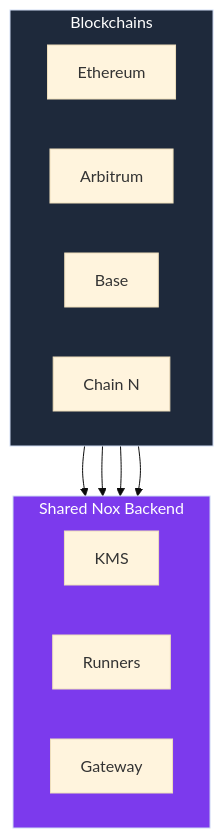
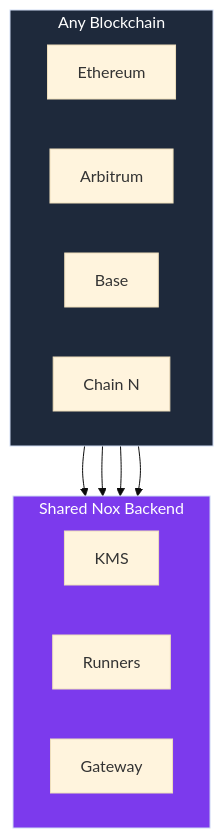
The fifth of 5 diagrams in src/protocol/protocol-vision.md (iExec-Nox/documentation), drawn with Mermaid (base theme) before and after one commit. The commit also changed other lines of this file, not shown here.

Commit message:
fix: update omnichain expansion description and streamline architecture explanation

````diff
--- a/src/protocol/protocol-vision.md
+++ b/src/protocol/protocol-vision.md
@@ -354,25 +325,25 @@
 ```mermaid
 flowchart TB
-    subgraph chains ["Blockchains"]
+    subgraph chains ["Any Blockchain"]
         direction LR
         C1["Ethereum"]
         C2["Arbitrum"]
         C3["Base"]
         CN["Chain N"]
     end
 
     subgraph nox ["Shared Nox Backend"]
         direction LR
         KMS["KMS"]
         Runners["Runners"]
         GW["Gateway"]
     end
 
     C1 --> nox
     C2 --> nox
     C3 --> nox
     CN --> nox
 
     style chains fill:#1e293b,color:#fff
     style nox fill:#7c3aed,color:#fff
 ```
````
